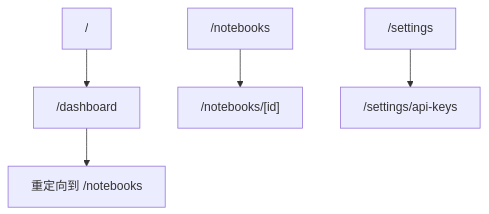
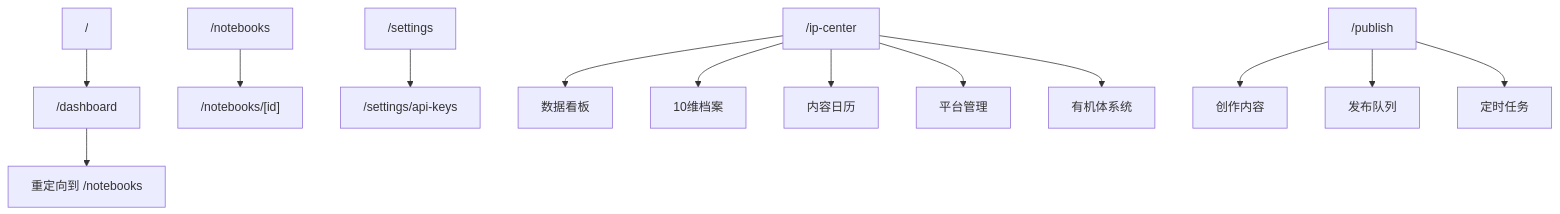
One commit to jackeyunjie/open-notebook changed the eighth of 12 diagrams in .qoder/repowiki/zh/content/前端架构/前端架构.md. Above: the diagram before and after it, drawn with Mermaid. The commit also changed other lines of this file and 51 other files, not shown here.

````diff
--- a/.qoder/repowiki/zh/content/前端架构/前端架构.md
+++ b/.qoder/repowiki/zh/content/前端架构/前端架构.md
@@ -254,7 +289,15 @@
 ```mermaid
 flowchart TD
 Home["/"] --> Dash["/dashboard"]
 Dash --> Redirect["重定向到 /notebooks"]
 Notebooks["/notebooks"] --> Detail["/notebooks/[id]"]
 Settings["/settings"] --> ApiKeys["/settings/api-keys"]
+IPCenter["/ip-center"] --> Dashboard["数据看板"]
+IPCenter --> Profile["10维档案"]
+IPCenter --> Calendar["内容日历"]
+IPCenter --> Platforms["平台管理"]
+IPCenter --> P0P3["有机体系统"]
+Publish["/publish"] --> Compose["创作内容"]
+Publish --> Queue["发布队列"]
+Publish --> Scheduled["定时任务"]
 ```
````
